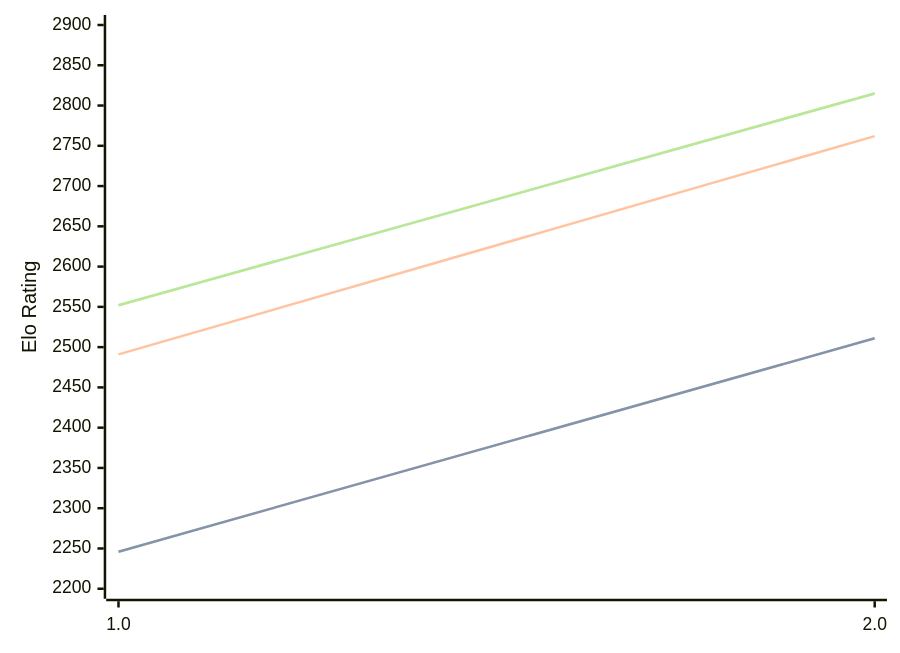
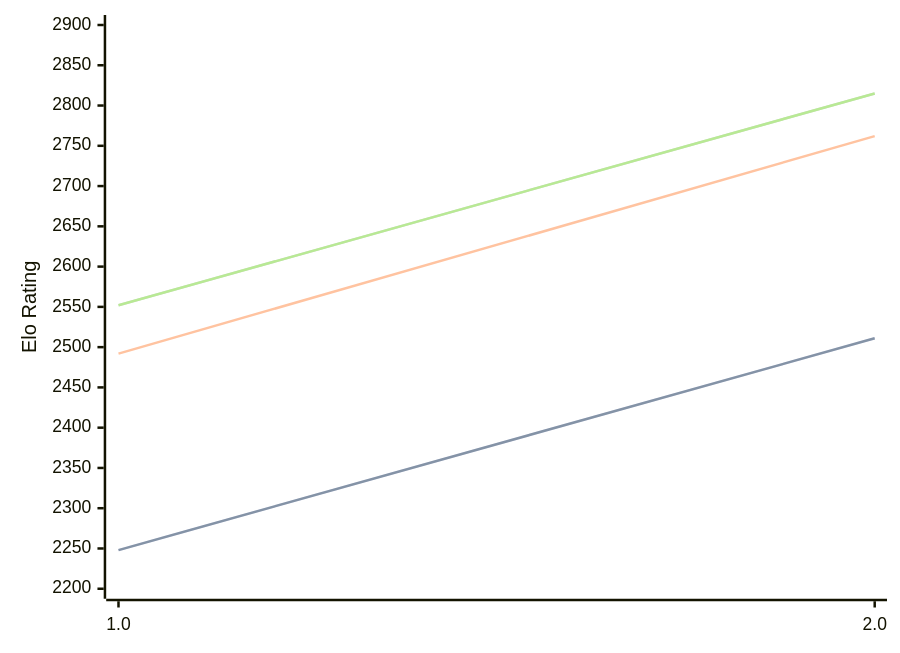
The diagram in engines/Revolver.md (computer-chess-index/cci), drawn with Mermaid before and after one commit. The commit also changed other lines of this file, not shown here.

````diff
--- a/engines/Revolver.md
+++ b/engines/Revolver.md
@@ -32,11 +32,11 @@
 ```mermaid
 %%{init: {"theme":"base","themeVariables":{"seriesColors:['#a3a3a3','#222221','#faa371']}}}%%
 xychart-beta
   x-axis ["1.0", "2.0"]
   y-axis "Elo Rating" 2200 --> 2900
-  line "STC (8.0+0.08s)" [2246, 2511]
-  line "STC (8.0+0.08s)" [2246, 2511]
-  line "LTC (60.0+0.60s)" [2491, 2762]
+  line "STC (8.0+0.08s)" [2248, 2511]
+  line "STC (8.0+0.08s)" [2248, 2511]
+  line "LTC (60.0+0.60s)" [2492, 2762]
   line "VLTC (2m24s+1.12s)" [2552, 2815]
   line "VLTC (2m24s+1.12s)" [2552, 2815]
 ```
````
